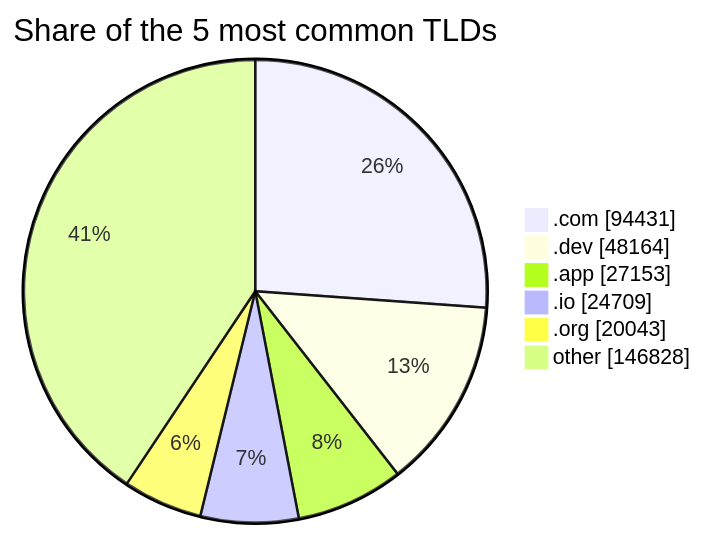
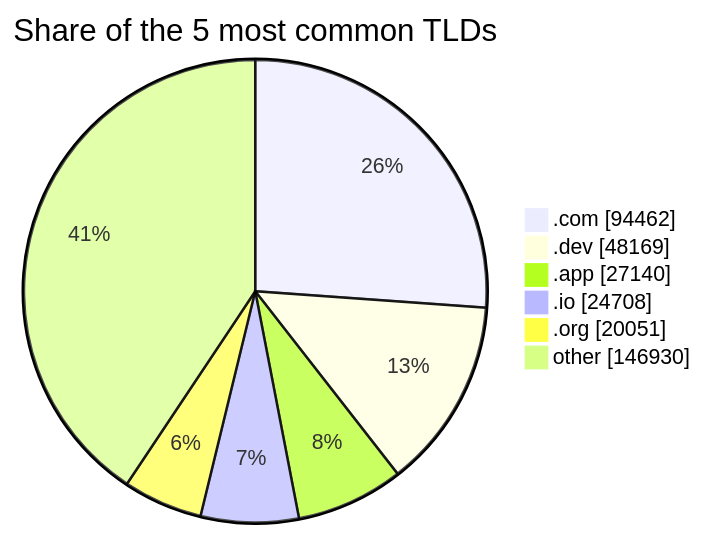
One commit to DNSBunker/CTI changed the third of 3 diagrams in README.md. Above: the diagram before and after it, drawn with Mermaid. The commit also changed other lines of this file and 3 other files, not shown here.

````diff
--- a/README.md
+++ b/README.md
@@ -81,9 +81,9 @@
 ```mermaid
 pie showData title Share of the 5 most common TLDs
-    ".com" : 94431
-    ".dev" : 48164
-    ".app" : 27153
-    ".io" : 24709
-    ".org" : 20043
-    "other" : 146828
+    ".com" : 94462
+    ".dev" : 48169
+    ".app" : 27140
+    ".io" : 24708
+    ".org" : 20051
+    "other" : 146930
 ```
````
